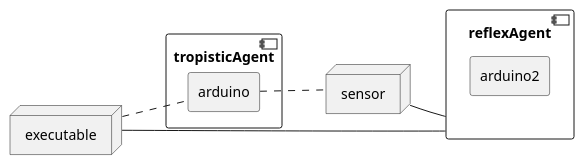
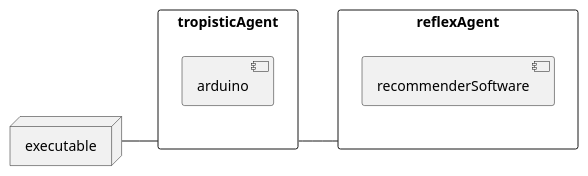
One commit to Ajmicco18/CSIS-5824-Applied-AI changed the diagram in UML Documents/tropisticAgentDeploy.puml. Above: the diagram before and after it, drawn with PlantUML. The commit also changed 1 other file, not shown here.

Commit message:
finished deployment diagrams

```diff
--- a/UML Documents/tropisticAgentDeploy.puml
+++ b/UML Documents/tropisticAgentDeploy.puml
@@ -1,17 +1,15 @@
 @startuml tropistAgentDeploy
 left to right direction
 
 node executable
-component tropisticAgent{
-    agent arduino
+
+rectangle tropisticAgent {
+     component arduino
+} 
+rectangle reflexAgent{
+    component recommenderSoftware
 }
-component reflexAgent{
-    agent arduino2
-}
-node sensor 
 
-executable .. arduino
-executable -- reflexAgent
-arduino .. sensor
-sensor -- reflexAgent
+executable -- tropisticAgent
+tropisticAgent-- reflexAgent
 @enduml
```
